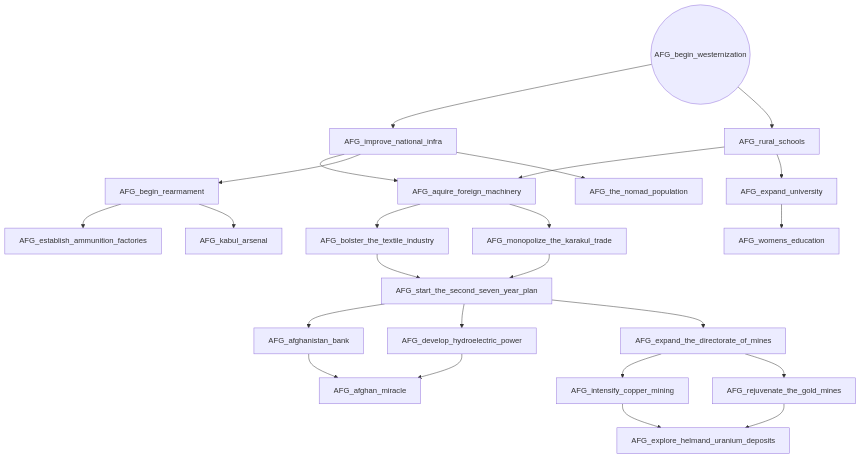
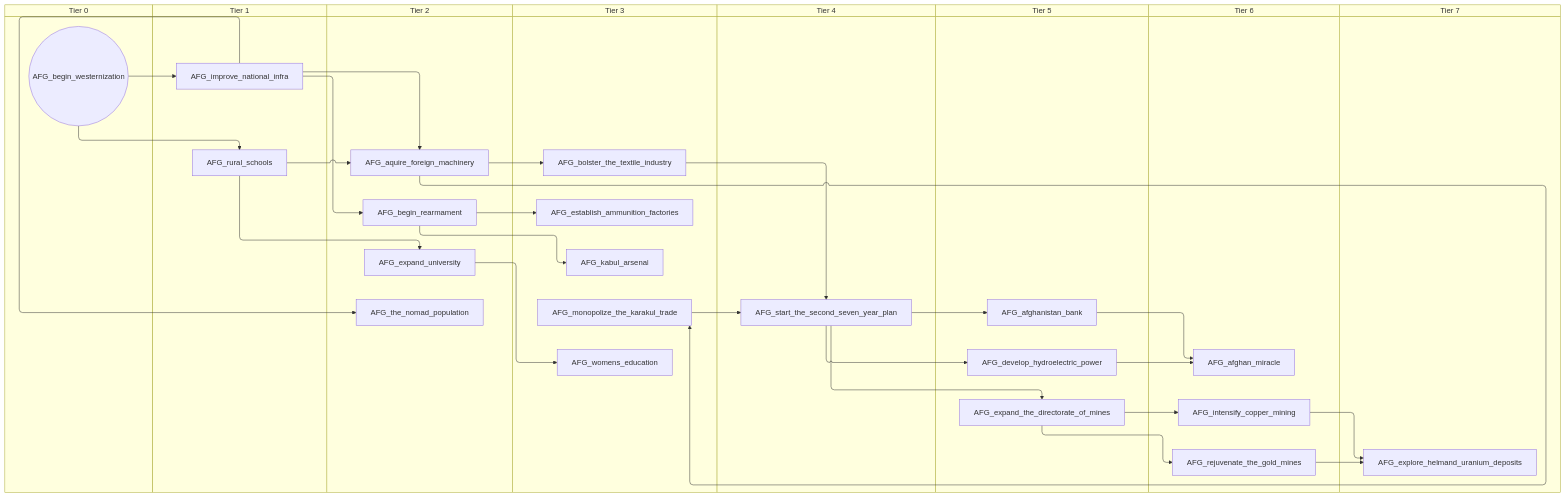
One commit to evgeny-sobol/hoi4-sandbox-mode-r56 changed the second of 6 diagrams in docs/gdd/National Focuses/r56/r56_afghanistan.md. Above: the diagram before and after it, drawn with Mermaid. The commit also changed other lines of this file and 423 other files, not shown here.

First line of the commit message:
Re-export Rt56 focus trees as swimlane diagrams

````diff
--- a/docs/gdd/National Focuses/r56/r56_afghanistan.md
+++ b/docs/gdd/National Focuses/r56/r56_afghanistan.md
@@ -66,46 +80,62 @@
 ```mermaid
-flowchart TD
-    n24["AFG_afghan_miracle"]
-    n25["AFG_afghanistan_bank"]
-    n26["AFG_aquire_foreign_machinery"]
-    n27["AFG_begin_rearmament"]
-    n28(("AFG_begin_westernization"))
-    n29["AFG_bolster_the_textile_industry"]
-    n30["AFG_develop_hydroelectric_power"]
-    n31["AFG_establish_ammunition_factories"]
-    n32["AFG_expand_the_directorate_of_mines"]
-    n33["AFG_expand_university"]
-    n34["AFG_explore_helmand_uranium_deposits"]
-    n35["AFG_improve_national_infra"]
-    n36["AFG_intensify_copper_mining"]
-    n37["AFG_kabul_arsenal"]
-    n38["AFG_monopolize_the_karakul_trade"]
-    n39["AFG_rejuvenate_the_gold_mines"]
-    n40["AFG_rural_schools"]
-    n41["AFG_start_the_second_seven_year_plan"]
-    n42["AFG_the_nomad_population"]
-    n43["AFG_womens_education"]
-    n25 --> n24
-    n30 --> n24
-    n41 --> n25
-    n35 --> n26
-    n40 --> n26
-    n35 --> n27
+swimlane-beta TD
+    subgraph tier_0["Tier 0"]
+        n24(("AFG_begin_westernization"))
+    end
+    subgraph tier_1["Tier 1"]
+        n25["AFG_improve_national_infra"]
+        n26["AFG_rural_schools"]
+    end
+    subgraph tier_2["Tier 2"]
+        n27["AFG_aquire_foreign_machinery"]
+        n28["AFG_begin_rearmament"]
+        n29["AFG_expand_university"]
+        n30["AFG_the_nomad_population"]
+    end
+    subgraph tier_3["Tier 3"]
+        n31["AFG_bolster_the_textile_industry"]
+        n32["AFG_establish_ammunition_factories"]
+        n33["AFG_kabul_arsenal"]
+        n34["AFG_monopolize_the_karakul_trade"]
+        n35["AFG_womens_education"]
+    end
+    subgraph tier_4["Tier 4"]
+        n36["AFG_start_the_second_seven_year_plan"]
+    end
+    subgraph tier_5["Tier 5"]
+        n37["AFG_afghanistan_bank"]
+        n38["AFG_develop_hydroelectric_power"]
+        n39["AFG_expand_the_directorate_of_mines"]
+    end
+    subgraph tier_6["Tier 6"]
+        n40["AFG_afghan_miracle"]
+        n41["AFG_intensify_copper_mining"]
+        n42["AFG_rejuvenate_the_gold_mines"]
+    end
+    subgraph tier_7["Tier 7"]
+        n43["AFG_explore_helmand_uranium_deposits"]
+    end
+    n37 --> n40
+    n38 --> n40
+    n36 --> n37
+    n25 --> n27
+    n26 --> n27
+    n25 --> n28
+    n27 --> n31
+    n36 --> n38
+    n28 --> n32
+    n36 --> n39
     n26 --> n29
-    n41 --> n30
-    n27 --> n31
-    n41 --> n32
-    n40 --> n33
-    n36 --> n34
-    n39 --> n34
-    n28 --> n35
-    n32 --> n36
-    n27 --> n37
-    n26 --> n38
-    n32 --> n39
-    n28 --> n40
-    n29 --> n41
-    n38 --> n41
-    n35 --> n42
-    n33 --> n43
+    n41 --> n43
+    n42 --> n43
+    n24 --> n25
+    n39 --> n41
+    n28 --> n33
+    n27 --> n34
+    n39 --> n42
+    n24 --> n26
+    n31 --> n36
+    n34 --> n36
+    n25 --> n30
+    n29 --> n35
 ```
````
